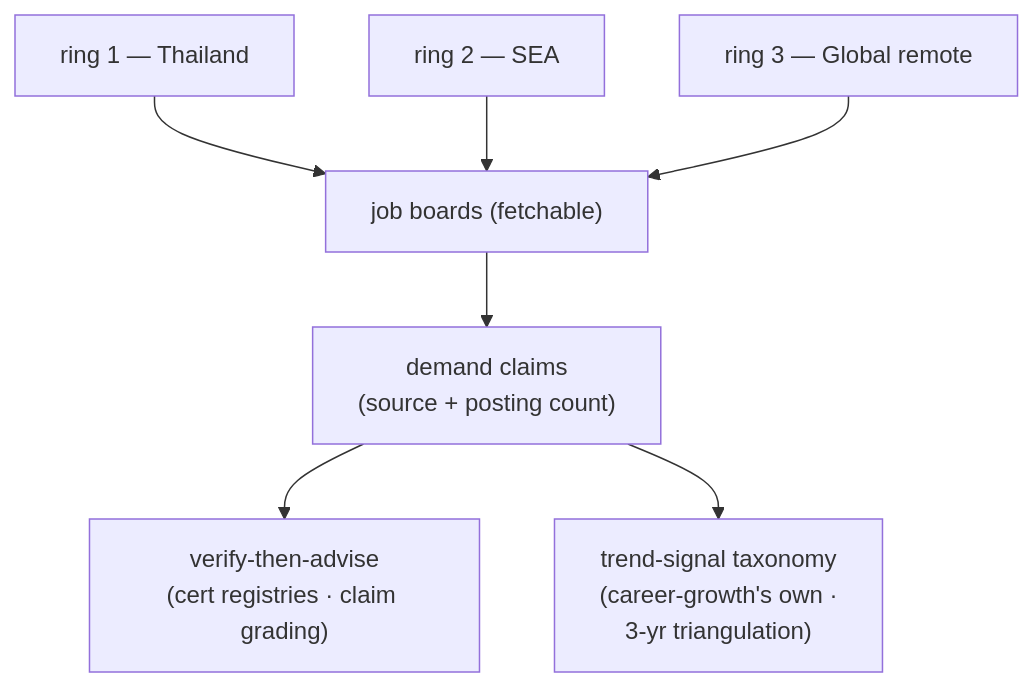
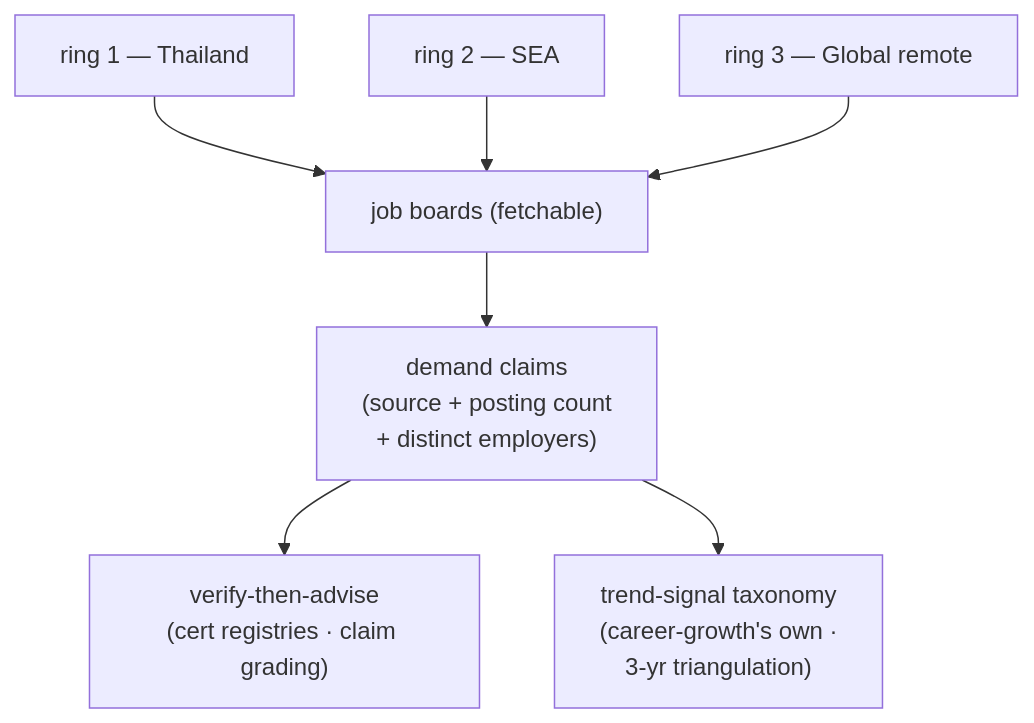
One commit to ThodsaphonSonthiphin/workflow-daily-work changed the diagram in plugins/dev-workflows/skills/career-growth/references/market-sources.md. Above: the diagram before and after it, drawn with Mermaid. The commit also changed other lines of this file and 10 other files, not shown here.

````diff
--- a/plugins/dev-workflows/skills/career-growth/references/market-sources.md
+++ b/plugins/dev-workflows/skills/career-growth/references/market-sources.md
@@ -12,9 +12,9 @@
 ```mermaid
 flowchart TD
     R1["ring 1 — Thailand"] --> B["job boards (fetchable)"]
     R2["ring 2 — SEA"] --> B
     R3["ring 3 — Global remote"] --> B
-    B --> DC["demand claims<br/>(source + posting count)"]
+    B --> DC["demand claims<br/>(source + posting count<br/>+ distinct employers)"]
     DC --> VTA["verify-then-advise<br/>(cert registries · claim grading)"]
     DC --> TT["trend-signal taxonomy<br/>(career-growth's own ·<br/>3-yr triangulation)"]
 ```
````
